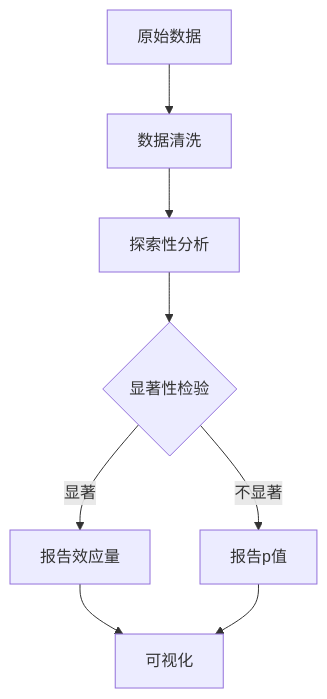
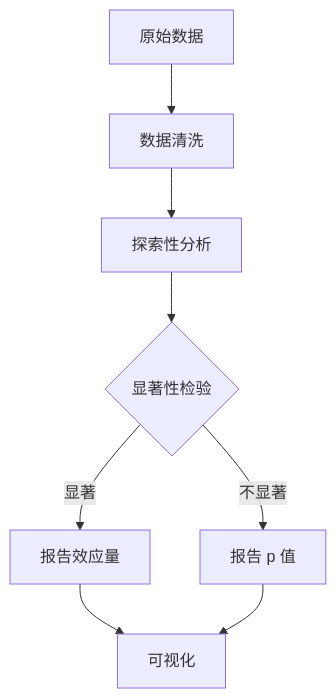
Before and after one commit to Tianshang301/TianshangKnowledgeBase: the diagram in 00_KnowledgeFramework/AcademicPapers/IMRaD.md, drawn with Mermaid. The commit also changed other lines of this file and 2257 other files, not shown here.

````diff
--- a/00_KnowledgeFramework/AcademicPapers/IMRaD.md
+++ b/00_KnowledgeFramework/AcademicPapers/IMRaD.md
@@ -75,10 +77,10 @@
 ```mermaid
 graph TD;
     A[原始数据] --> B[数据清洗];
     B --> C[探索性分析];
     C --> D{显著性检验};
     D -->|显著| E[报告效应量];
-    D -->|不显著| F[报告p值];
+    D -->|不显著| F[报告 p 值];
     E --> G[可视化];
     F --> G;
 ```
````
